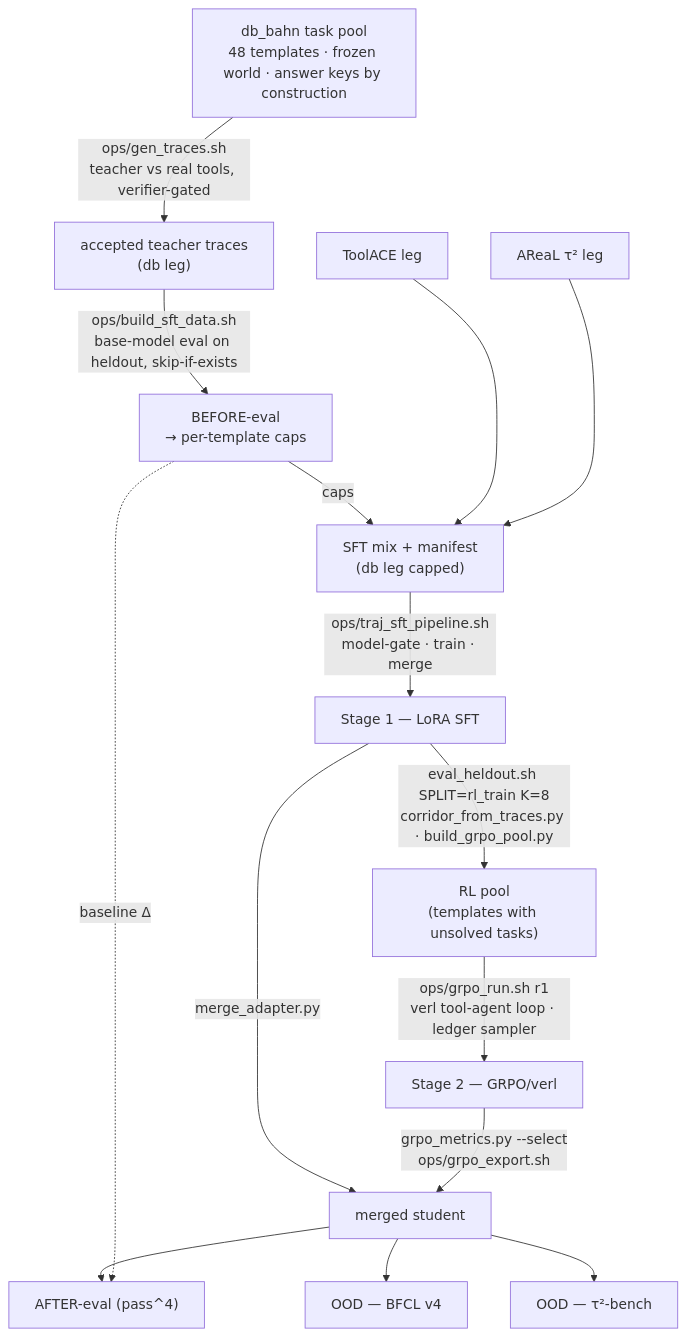
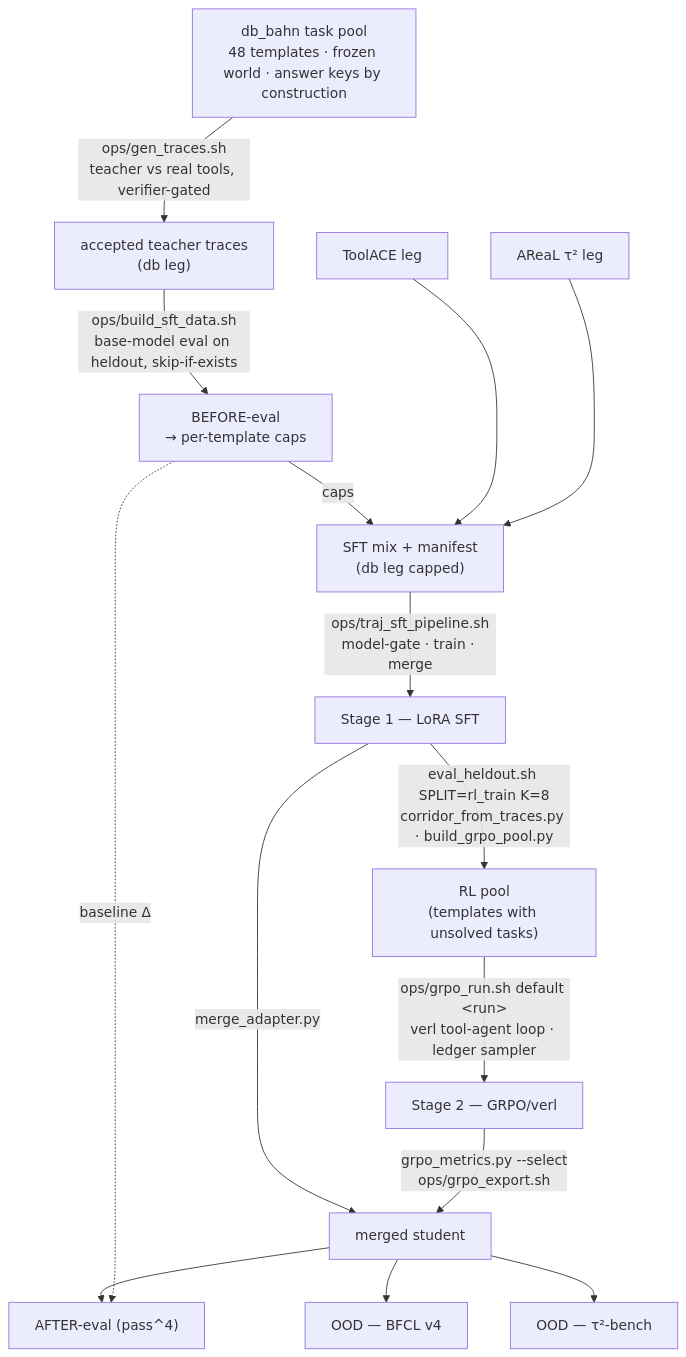
One commit to JanneckGit/slm-agentic-training-pipeline changed the diagram in README.md. Above: the diagram before and after it, drawn with Mermaid. The commit also changed other lines of this file, not shown here.

First line of the commit message:
docs(readme): Stage-2 run-name convention and updated GRPO recipe

````diff
--- a/README.md
+++ b/README.md
@@ -40,24 +40,24 @@
 ```mermaid
 flowchart TD
     TASKS["db_bahn task pool<br/>48 templates · frozen world · answer keys by construction"]
     TASKS -->|"ops/gen_traces.sh<br/>teacher vs real tools, verifier-gated"| TRACES["accepted teacher traces<br/>(db leg)"]
     TOOLACE["ToolACE leg"]
     AREAL["AReaL τ² leg"]
     TASKS ~~~ TOOLACE
     TASKS ~~~ AREAL
     TRACES -->|"ops/build_sft_data.sh<br/>base-model eval on heldout, skip-if-exists"| EVAL["BEFORE-eval<br/>→ per-template caps"]
     TOOLACE ~~~ EVAL
     AREAL ~~~ EVAL
     EVAL -->|caps| MIX["SFT mix + manifest<br/>(db leg capped)"]
     TOOLACE --> MIX
     AREAL --> MIX
     MIX -->|"ops/traj_sft_pipeline.sh<br/>model-gate · train · merge"| SFT["Stage 1 — LoRA SFT"]
     SFT -->|"eval_heldout.sh SPLIT=rl_train K=8<br/>corridor_from_traces.py · build_grpo_pool.py"| POOL["RL pool<br/>(templates with unsolved tasks)"]
-    POOL -->|"ops/grpo_run.sh r1<br/>verl tool-agent loop · ledger sampler"| RL["Stage 2 — GRPO/verl"]
+    POOL -->|"ops/grpo_run.sh default &lt;run&gt;<br/>verl tool-agent loop · ledger sampler"| RL["Stage 2 — GRPO/verl"]
     SFT -->|merge_adapter.py| STUDENT["merged student"]
     RL -->|"grpo_metrics.py --select<br/>ops/grpo_export.sh"| STUDENT
     STUDENT --> AFTER["AFTER-eval (pass^4)"]
     STUDENT --> BFCL["OOD — BFCL v4"]
     STUDENT --> TAU2["OOD — τ²-bench"]
     EVAL -.->|"baseline Δ"| AFTER
 ```
````
